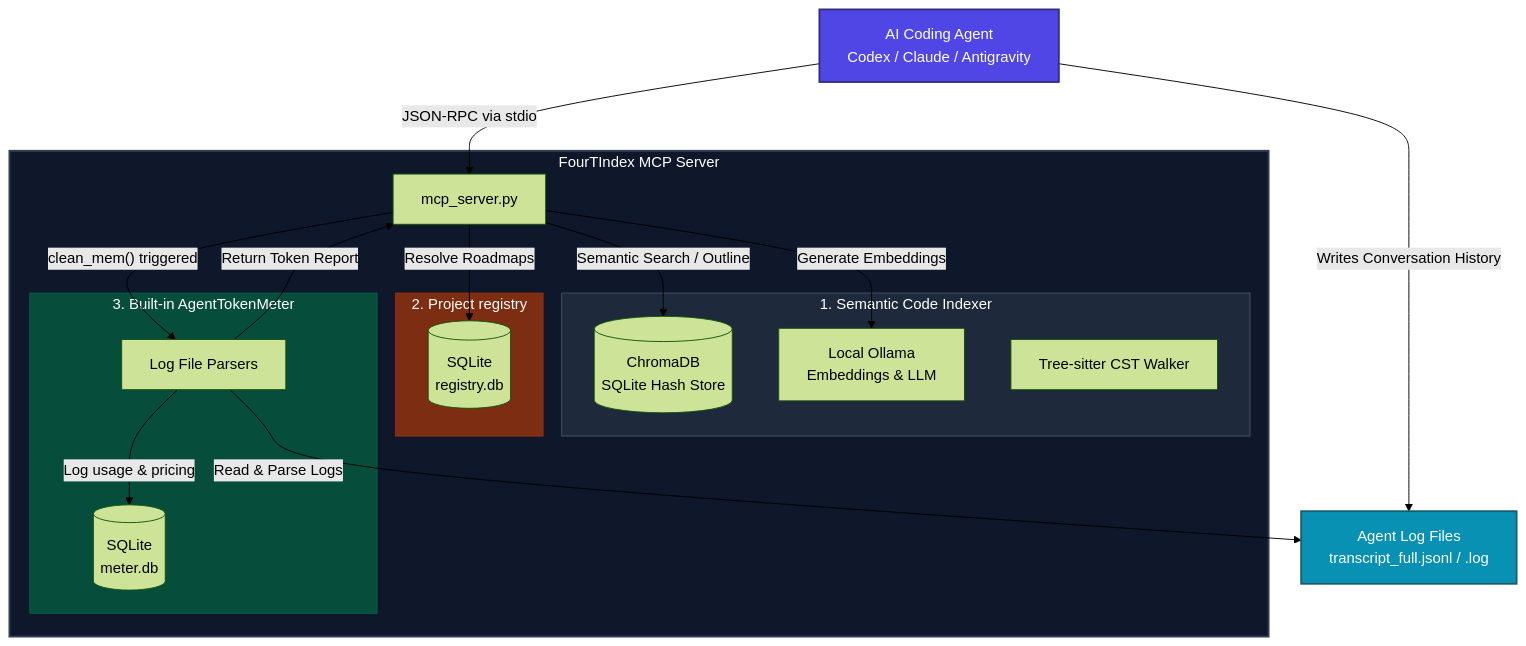
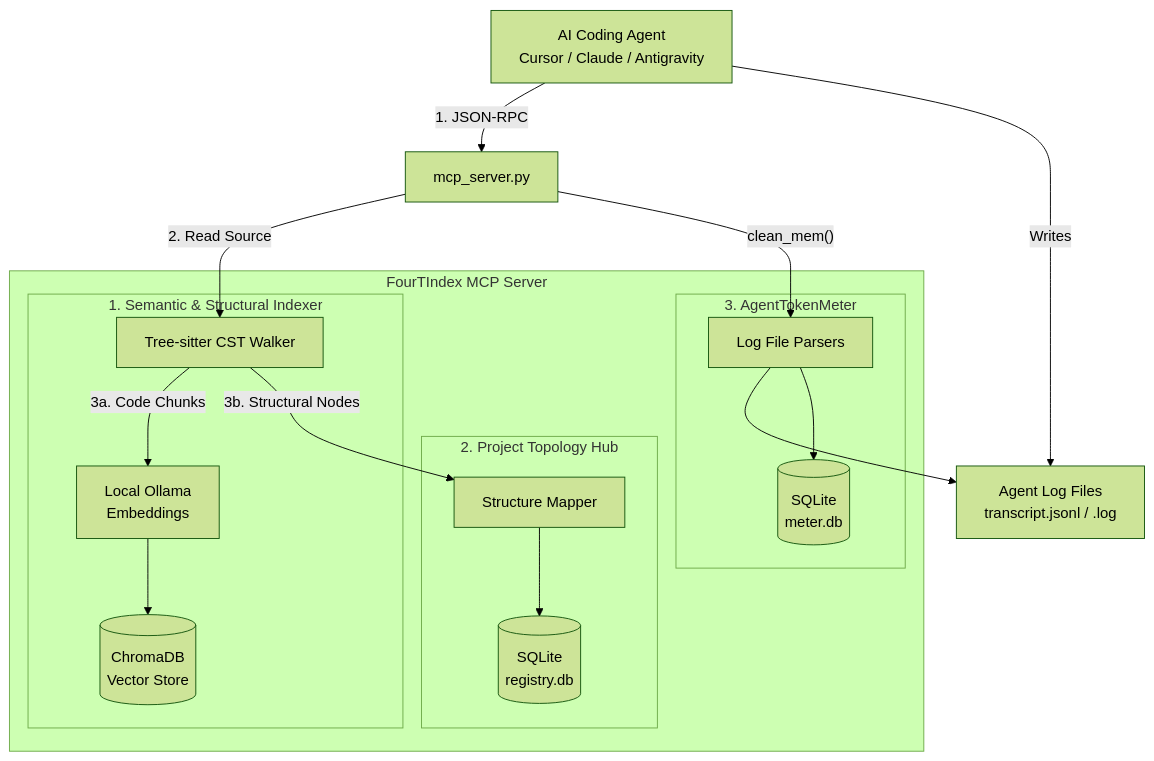
One commit to Chunn241529/FourTIndex changed the diagram in README.md. Above: the diagram before and after it, drawn with Mermaid (forest theme). The commit also changed other lines of this file, not shown here.

````diff
--- a/README.md
+++ b/README.md
@@ -49,48 +49,38 @@
 ```mermaid
 graph TD
-    %% 1. Clients
-    Agent[AI Coding Agent <br/> Codex / Claude / Antigravity]
-    
-    %% 2. MCP Server
-    subgraph Server ["FourTIndex MCP Server"]
-        M_Server[mcp_server.py]
-        
-        subgraph Core ["1. Semantic Code Indexer"]
-            DB_Chroma[(ChromaDB <br/> SQLite Hash Store)]
-            Ollama[Local Ollama <br/> Embeddings & LLM]
-            TS_Parser[Tree-sitter CST Walker]
-        end
-        
-        subgraph Registry ["2. Project registry"]
-            DB_Reg[(SQLite <br/> registry.db)]
-        end
-        
-        subgraph Meter ["3. Built-in AgentTokenMeter"]
-            Log_Read[Log File Parsers]
-            DB_Meter[(SQLite <br/> meter.db)]
-        end
-    end
-    
-    %% 3. Log files (External to server, written by agents)
-    Agent_Logs[Agent Log Files <br/> transcript_full.jsonl / .log]
-    
-    %% Connections for Indexing
-    Agent -- "JSON-RPC via stdio" --> M_Server
-    M_Server -->|"Semantic Search / Outline"| DB_Chroma
-    M_Server -->|"Generate Embeddings"| Ollama
-    M_Server -->|"Resolve Roadmaps"| DB_Reg
-    
-    %% Connections for Token Meter
-    Agent -->|"Writes Conversation History"| Agent_Logs
-    M_Server -->|"clean_mem() triggered"| Log_Read
-    Log_Read -->|"Read & Parse Logs"| Agent_Logs
-    Log_Read -->|"Log usage & pricing"| DB_Meter
-    Log_Read -->|"Return Token Report"| M_Server
-    
-    style Agent fill:#4F46E5,stroke:#312E81,stroke-width:2px,color:#fff
-    style Server fill:#0F172A,stroke:#334155,stroke-width:2px,color:#fff
-    style Core fill:#1E293B,stroke:#475569,stroke-width:1px,color:#fff
-    style Registry fill:#7c2d12,stroke:#9a3412,stroke-width:1px,color:#fff
-    style Meter fill:#064E3B,stroke:#065F46,stroke-width:1px,color:#fff
-    style Agent_Logs fill:#0891B2,stroke:#155E75,stroke-width:2px,color:#fff
+  Agent[AI Coding Agent <br/> Cursor / Claude / Antigravity]
+  M_Server[mcp_server.py]
+
+  subgraph Server ["FourTIndex MCP Server"]
+      subgraph Core ["1. Semantic & Structural Indexer"]
+          TS_Parser[Tree-sitter CST Walker]
+          DB_Chroma[(ChromaDB <br/> Vector Store)]
+          Ollama[Local Ollama <br/> Embeddings]
+      end
+
+      subgraph Registry ["2. Project Topology Hub"]
+          Map_Engine[Structure Mapper]
+          DB_Reg[(SQLite <br/> registry.db)]
+      end
+
+      subgraph Meter ["3. AgentTokenMeter"]
+          Log_Read[Log File Parsers]
+          DB_Meter[(SQLite <br/> meter.db)]
+      end
+  end
+
+  Agent_Logs[Agent Log Files <br/> transcript.jsonl / .log]
+
+  %% Flow
+  Agent -- "1. JSON-RPC" --> M_Server
+  M_Server -->|"2. Read Source"| TS_Parser
+
+  %% Split Data Flow
+  TS_Parser -->|"3a. Code Chunks"| Ollama --> DB_Chroma
+  TS_Parser -->|"3b. Structural Nodes"| Map_Engine --> DB_Reg
+
+  %% Token Flow
+  Agent -->|"Writes"| Agent_Logs
+  M_Server -->|"clean_mem()"| Log_Read --> Agent_Logs
+  Log_Read --> DB_Meter
 ```
````
